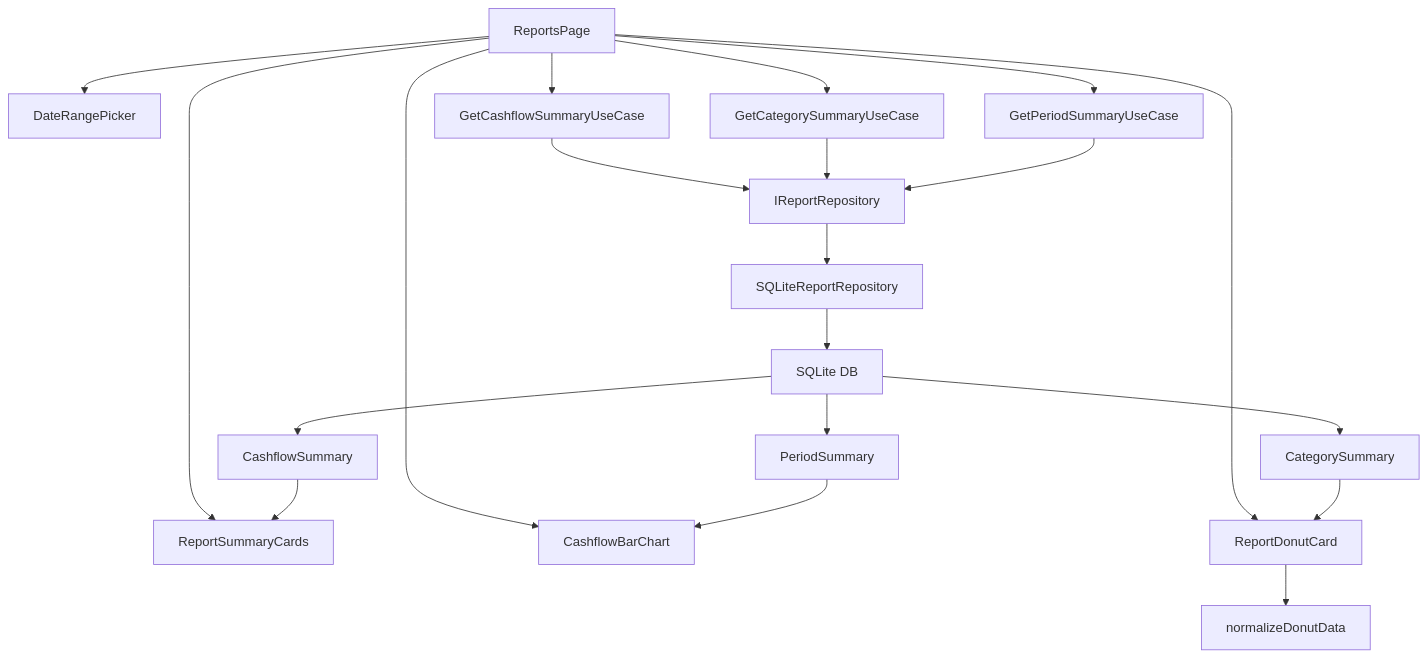
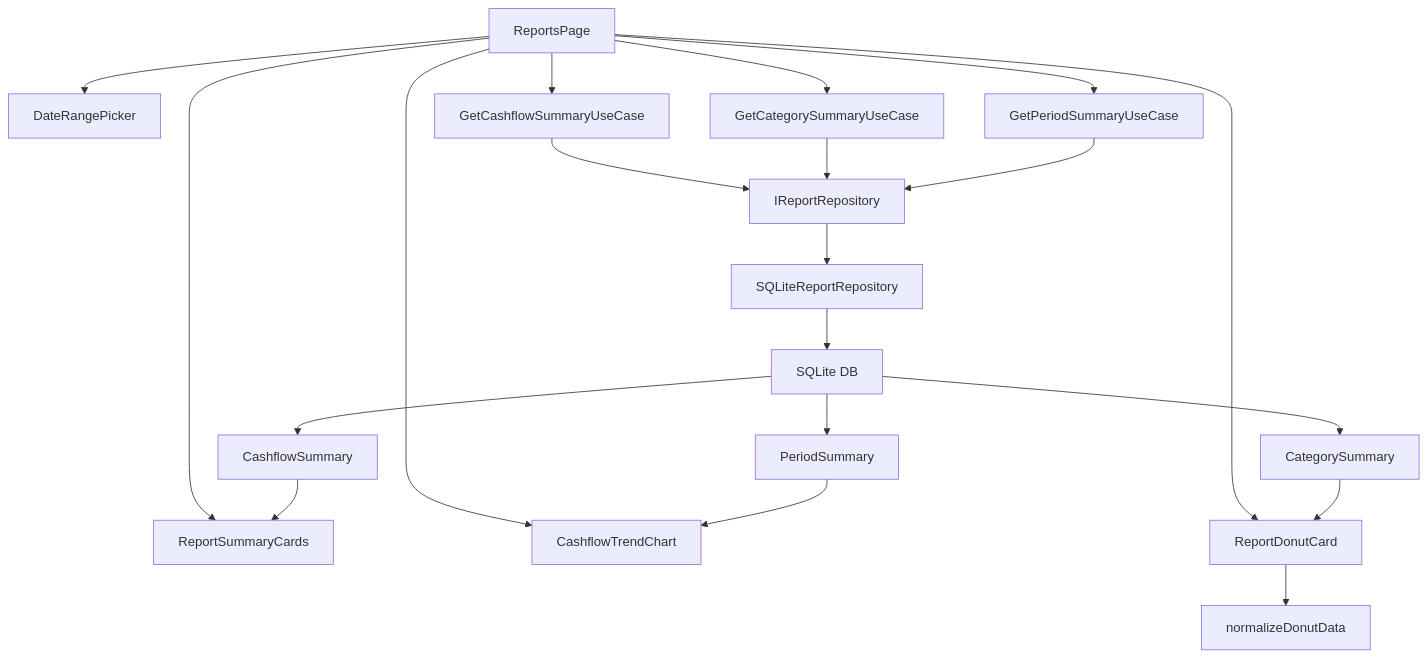
Before and after one commit to huyphamngoc98nb/TaiXiuCaNhan: the third of 4 diagrams in docs/codegraph.md, drawn with Mermaid. The commit also changed 23 other files, not shown here.

````diff
--- a/docs/codegraph.md
+++ b/docs/codegraph.md
@@ -66,25 +66,25 @@
 ```mermaid
 flowchart TB
   reportsPage["ReportsPage"] --> filters["DateRangePicker"]
   reportsPage --> cashflowUC["GetCashflowSummaryUseCase"]
   reportsPage --> categoryUC["GetCategorySummaryUseCase"]
   reportsPage --> periodUC["GetPeriodSummaryUseCase"]
 
   cashflowUC --> reportRepo["IReportRepository"]
   categoryUC --> reportRepo
   periodUC --> reportRepo
   reportRepo --> sqliteReport["SQLiteReportRepository"]
   sqliteReport --> db["SQLite DB"]
 
   reportsPage --> summary["ReportSummaryCards"]
-  reportsPage --> trend["CashflowBarChart"]
+  reportsPage --> trend["CashflowTrendChart"]
   reportsPage --> donut["ReportDonutCard"]
   donut --> normalize["normalizeDonutData"]
 
   db --> cashflow["CashflowSummary"]
   db --> category["CategorySummary"]
   db --> period["PeriodSummary"]
   cashflow --> summary
   period --> trend
   category --> donut
 ```
````
